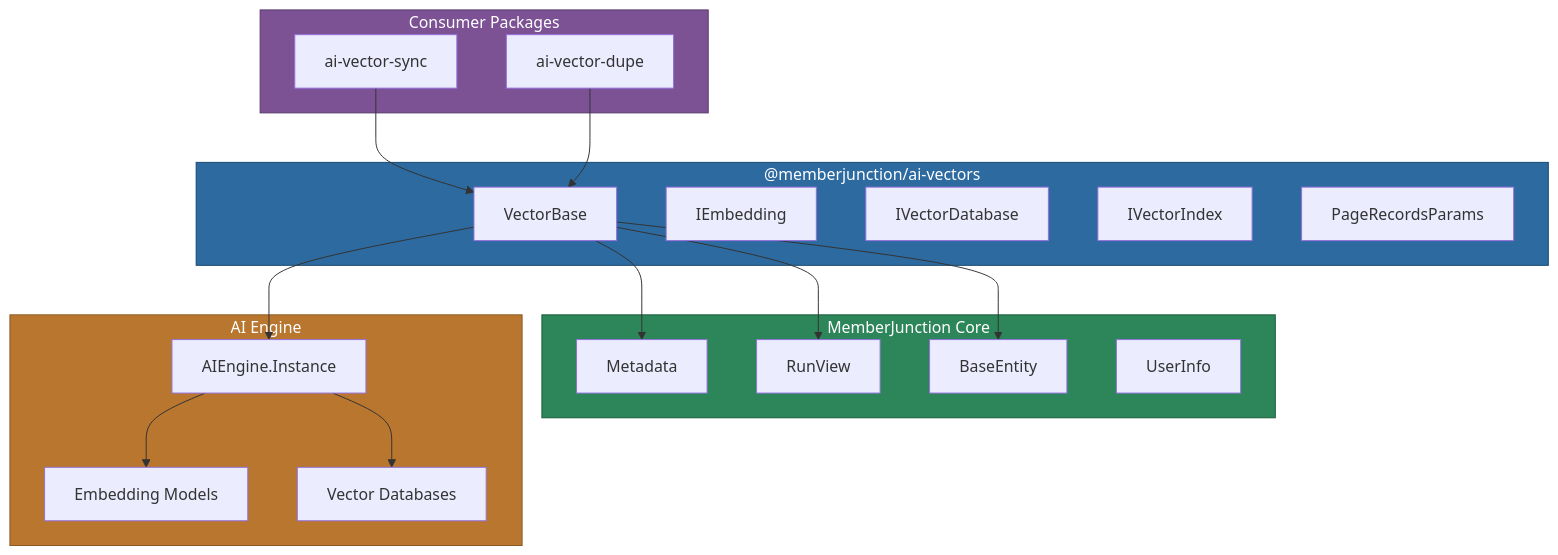
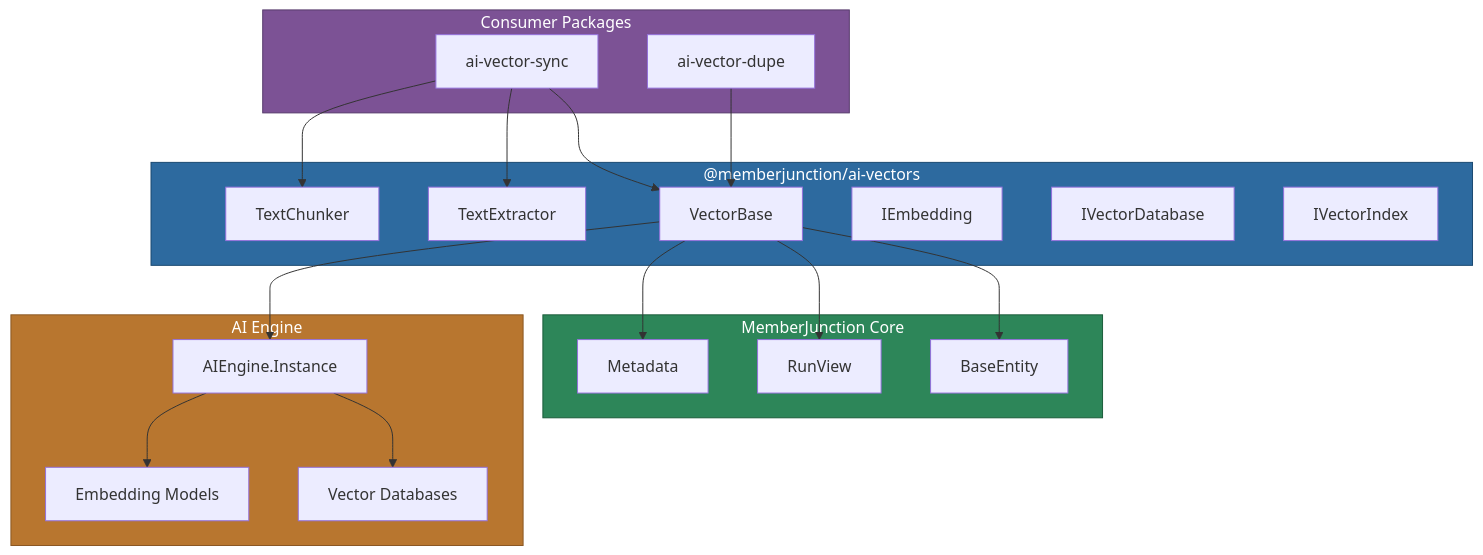
Before and after one commit to MemberJunction/MJ: the first of 2 diagrams in packages/AI/Vectors/Core/README.md, drawn with Mermaid. The commit also changed other lines of this file and 32 other files, not shown here.

````diff
--- a/packages/AI/Vectors/Core/README.md
+++ b/packages/AI/Vectors/Core/README.md
@@ -7,42 +27,44 @@
 ```mermaid
 graph TD
     subgraph Core["@memberjunction/ai-vectors"]
+        TC["TextChunker"]
+        TE["TextExtractor"]
         VB["VectorBase"]
         IE["IEmbedding"]
         IVD["IVectorDatabase"]
         IVI["IVectorIndex"]
-        PT["PageRecordsParams"]
     end
 
     subgraph MJCore["MemberJunction Core"]
         MD["Metadata"]
         RV["RunView"]
         BE["BaseEntity"]
-        UI["UserInfo"]
     end
 
     subgraph AIEngine["AI Engine"]
         AIM["AIEngine.Instance"]
         MOD["Embedding Models"]
         VDB["Vector Databases"]
     end
 
     subgraph Consumers["Consumer Packages"]
         SYNC["ai-vector-sync"]
         DUPE["ai-vector-dupe"]
     end
 
     VB --> MD
     VB --> RV
     VB --> BE
     VB --> AIM
     AIM --> MOD
     AIM --> VDB
     SYNC --> VB
+    SYNC --> TC
+    SYNC --> TE
     DUPE --> VB
 
     style Core fill:#2d6a9f,stroke:#1a4971,color:#fff
     style MJCore fill:#2d8659,stroke:#1a5c3a,color:#fff
     style AIEngine fill:#b8762f,stroke:#8a5722,color:#fff
     style Consumers fill:#7c5295,stroke:#563a6b,color:#fff
 ```
````
